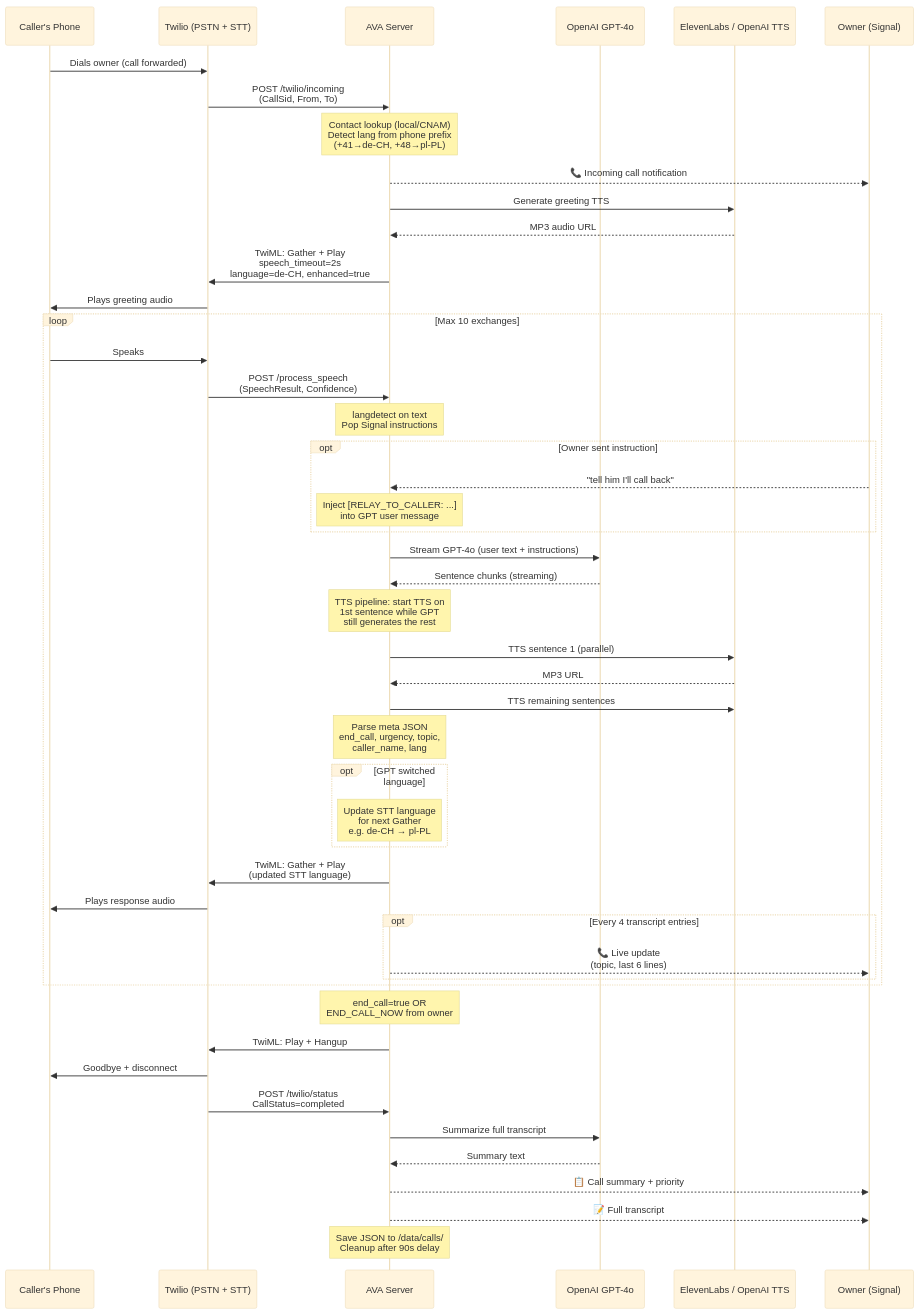
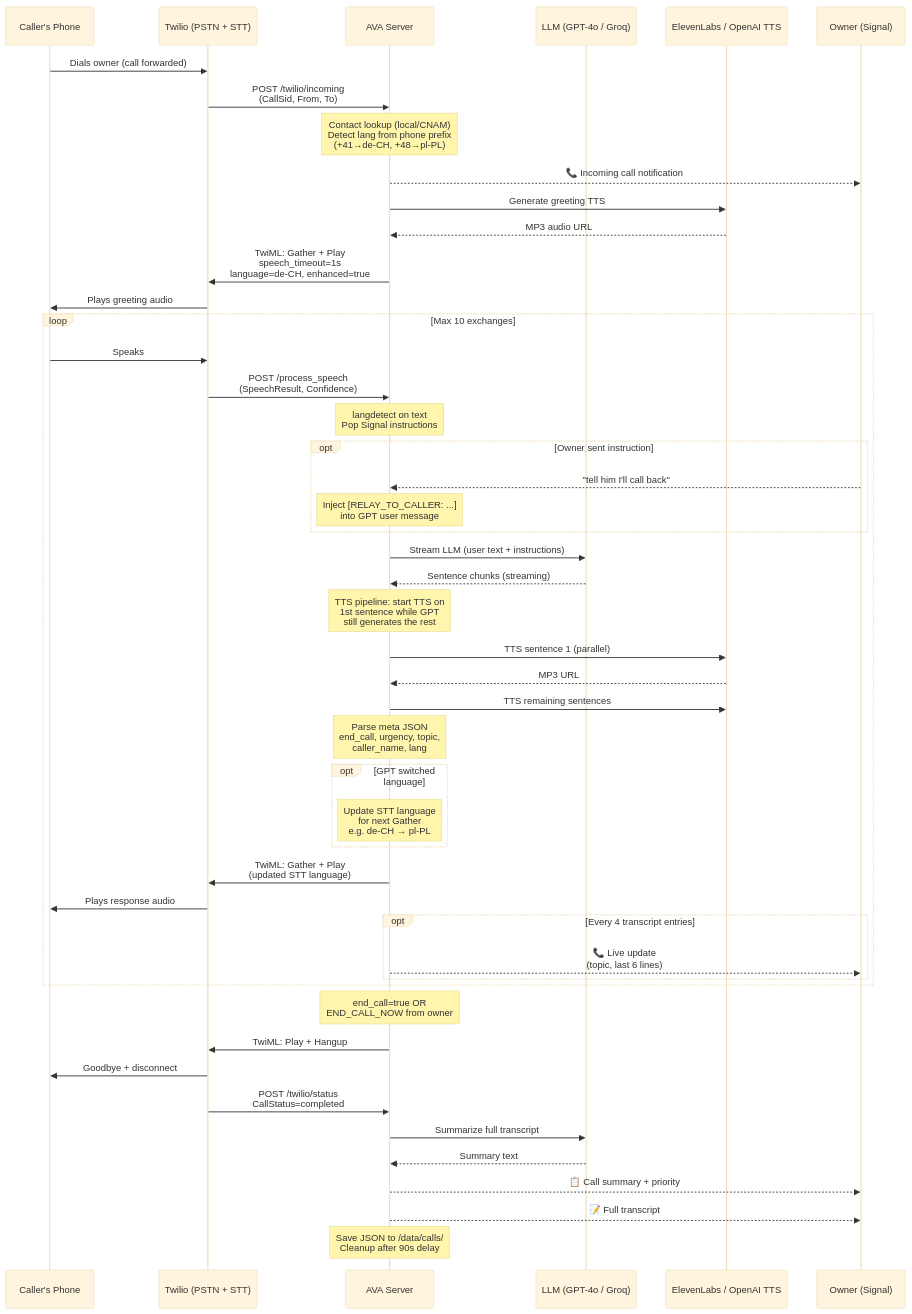
Before and after one commit to dzaczek/ava: the second of 7 diagrams in README.md, drawn with Mermaid (base theme). The commit also changed other lines of this file and 2 other files, not shown here.

````diff
--- a/README.md
+++ b/README.md
@@ -79,69 +79,69 @@
 ```mermaid
 sequenceDiagram
     participant Caller as Caller's Phone
     participant Twilio as Twilio (PSTN + STT)
     participant AVA as AVA Server
-    participant GPT as OpenAI GPT-4o
+    participant GPT as LLM (GPT-4o / Groq)
     participant TTS as ElevenLabs / OpenAI TTS
     participant Signal as Owner (Signal)
 
     Caller->>Twilio: Dials owner (call forwarded)
     Twilio->>AVA: POST /twilio/incoming<br/>(CallSid, From, To)
 
     Note over AVA: Contact lookup (local/CNAM)<br/>Detect lang from phone prefix<br/>(+41→de-CH, +48→pl-PL)
 
     AVA-->>Signal: 📞 Incoming call notification
     AVA->>TTS: Generate greeting TTS
     TTS-->>AVA: MP3 audio URL
 
-    AVA->>Twilio: TwiML: Gather + Play<br/>speech_timeout=2s<br/>language=de-CH, enhanced=true
+    AVA->>Twilio: TwiML: Gather + Play<br/>speech_timeout=1s<br/>language=de-CH, enhanced=true
     Twilio->>Caller: Plays greeting audio
 
     loop Max 10 exchanges
         Caller->>Twilio: Speaks
         Twilio->>AVA: POST /process_speech<br/>(SpeechResult, Confidence)
 
         Note over AVA: langdetect on text<br/>Pop Signal instructions
 
         opt Owner sent instruction
             Signal-->>AVA: "tell him I'll call back"
             Note over AVA: Inject [RELAY_TO_CALLER: ...]<br/>into GPT user message
         end
 
-        AVA->>GPT: Stream GPT-4o (user text + instructions)
+        AVA->>GPT: Stream LLM (user text + instructions)
         GPT-->>AVA: Sentence chunks (streaming)
 
         Note over AVA: TTS pipeline: start TTS on<br/>1st sentence while GPT<br/>still generates the rest
 
         AVA->>TTS: TTS sentence 1 (parallel)
         TTS-->>AVA: MP3 URL
         AVA->>TTS: TTS remaining sentences
 
         Note over AVA: Parse meta JSON<br/>end_call, urgency, topic,<br/>caller_name, lang
 
         opt GPT switched language
             Note over AVA: Update STT language<br/>for next Gather<br/>e.g. de-CH → pl-PL
         end
 
         AVA->>Twilio: TwiML: Gather + Play<br/>(updated STT language)
         Twilio->>Caller: Plays response audio
 
         opt Every 4 transcript entries
             AVA-->>Signal: 📞 Live update<br/>(topic, last 6 lines)
         end
     end
 
     Note over AVA: end_call=true OR<br/>END_CALL_NOW from owner
 
     AVA->>Twilio: TwiML: Play + Hangup
     Twilio->>Caller: Goodbye + disconnect
 
     Twilio->>AVA: POST /twilio/status<br/>CallStatus=completed
 
     AVA->>GPT: Summarize full transcript
     GPT-->>AVA: Summary text
     AVA-->>Signal: 📋 Call summary + priority
     AVA-->>Signal: 📝 Full transcript
 
     Note over AVA: Save JSON to /data/calls/<br/>Cleanup after 90s delay
 ```
````
